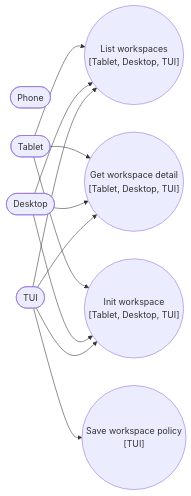
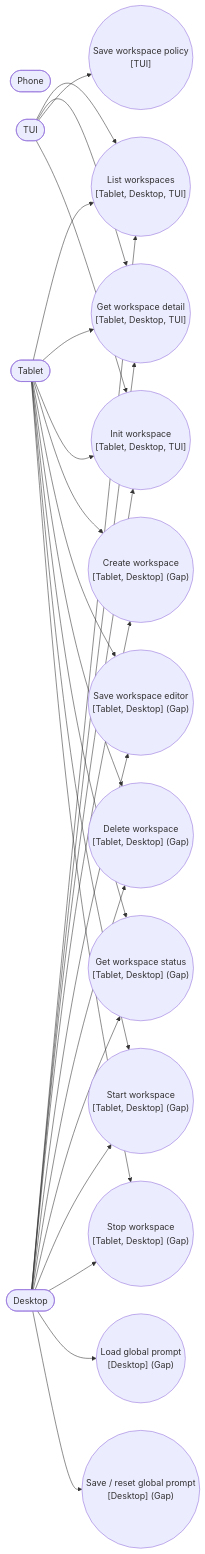
One commit to sharpninja/McpServerManager changed the second of 6 diagrams in docs/architecture/compliance/UI-USECASE-MATRIX.md. Above: the diagram before and after it, drawn with Mermaid. The commit also changed other lines of this file and 1 other file, not shown here.

````diff
--- a/docs/architecture/compliance/UI-USECASE-MATRIX.md
+++ b/docs/architecture/compliance/UI-USECASE-MATRIX.md
@@ -246,25 +314,47 @@
 ```mermaid
 flowchart LR
   Phone([Phone])
   Tablet([Tablet])
   Desktop([Desktop])
   TUI([TUI])
 
   W1(("List workspaces<br/>[Tablet, Desktop, TUI]"))
   W2(("Get workspace detail<br/>[Tablet, Desktop, TUI]"))
   W3(("Save workspace policy<br/>[TUI]"))
   W4(("Init workspace<br/>[Tablet, Desktop, TUI]"))
+  W5(("Create workspace<br/>[Tablet, Desktop] (Gap)"))
+  W6(("Save workspace editor<br/>[Tablet, Desktop] (Gap)"))
+  W7(("Delete workspace<br/>[Tablet, Desktop] (Gap)"))
+  W8(("Get workspace status<br/>[Tablet, Desktop] (Gap)"))
+  W9(("Start workspace<br/>[Tablet, Desktop] (Gap)"))
+  W10(("Stop workspace<br/>[Tablet, Desktop] (Gap)"))
+  W11(("Load global prompt<br/>[Desktop] (Gap)"))
+  W12(("Save / reset global prompt<br/>[Desktop] (Gap)"))
 
   Tablet --> W1
   Tablet --> W2
   Tablet --> W4
+  Tablet --> W5
+  Tablet --> W6
+  Tablet --> W7
+  Tablet --> W8
+  Tablet --> W9
+  Tablet --> W10
 
   Desktop --> W1
   Desktop --> W2
   Desktop --> W4
+  Desktop --> W5
+  Desktop --> W6
+  Desktop --> W7
+  Desktop --> W8
+  Desktop --> W9
+  Desktop --> W10
+  Desktop --> W11
+  Desktop --> W12
 
   TUI --> W1
   TUI --> W2
   TUI --> W3
   TUI --> W4
 ```
````
